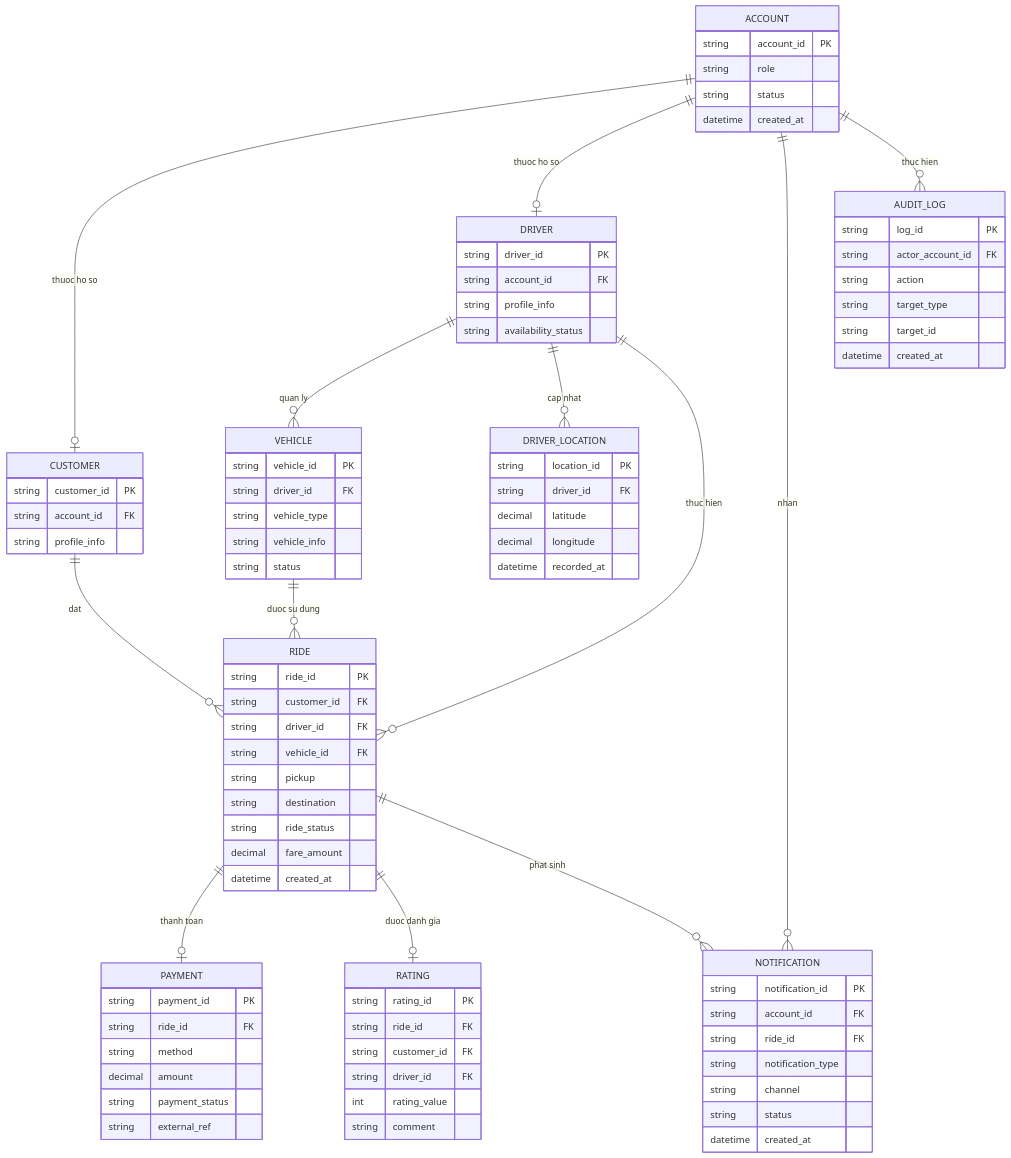
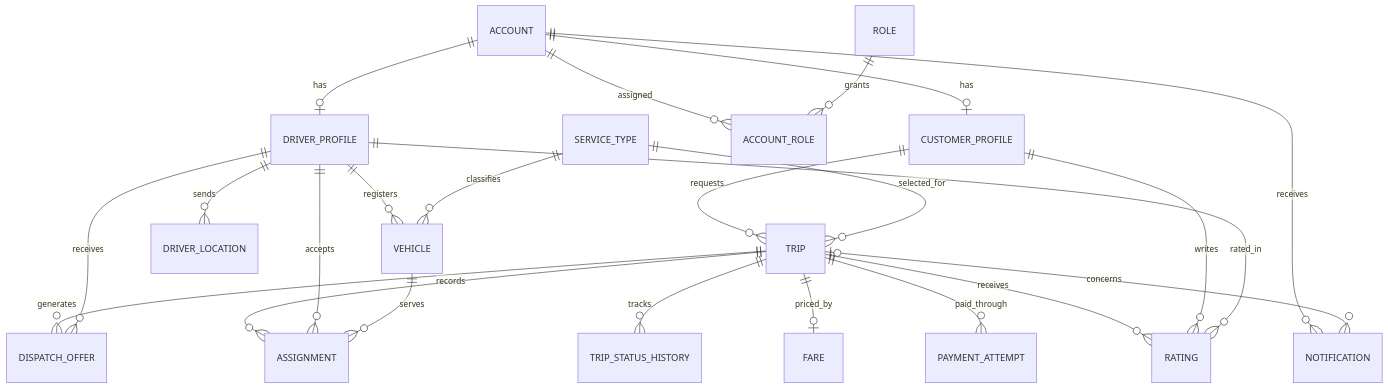
Before and after one commit to fitduycao/23662021_ToNguyenKhanhDuy_CABSYSTEM: the second of 2 diagrams in srs.md, drawn with Mermaid. The commit also changed other lines of this file, not shown here.

````diff
--- a/srs.md
+++ b/srs.md
@@ -762,102 +328,25 @@
 ```mermaid
 erDiagram
-    ACCOUNT ||--o| CUSTOMER : "thuoc ho so"
-    ACCOUNT ||--o| DRIVER : "thuoc ho so"
-    ACCOUNT ||--o{ NOTIFICATION : "nhan"
-    ACCOUNT ||--o{ AUDIT_LOG : "thuc hien"
-
-    CUSTOMER ||--o{ RIDE : "dat"
-    DRIVER ||--o{ VEHICLE : "quan ly"
-    DRIVER ||--o{ DRIVER_LOCATION : "cap nhat"
-    DRIVER ||--o{ RIDE : "thuc hien"
-
-    VEHICLE ||--o{ RIDE : "duoc su dung"
-    RIDE ||--o| PAYMENT : "thanh toan"
-    RIDE ||--o| RATING : "duoc danh gia"
-    RIDE ||--o{ NOTIFICATION : "phat sinh"
-
-    ACCOUNT {
-        string account_id PK
-        string role
-        string status
-        datetime created_at
-    }
-
-    CUSTOMER {
-        string customer_id PK
-        string account_id FK
-        string profile_info
-    }
-
-    DRIVER {
-        string driver_id PK
-        string account_id FK
-        string profile_info
-        string availability_status
-    }
-
-    VEHICLE {
-        string vehicle_id PK
-        string driver_id FK
-        string vehicle_type
-        string vehicle_info
-        string status
-    }
-
-    RIDE {
-        string ride_id PK
-        string customer_id FK
-        string driver_id FK
-        string vehicle_id FK
-        string pickup
-        string destination
-        string ride_status
-        decimal fare_amount
-        datetime created_at
-    }
-
-    DRIVER_LOCATION {
-        string location_id PK
-        string driver_id FK
-        decimal latitude
-        decimal longitude
-        datetime recorded_at
-    }
-
-    PAYMENT {
-        string payment_id PK
-        string ride_id FK
-        string method
-        decimal amount
-        string payment_status
-        string external_ref
-    }
-
-    RATING {
-        string rating_id PK
-        string ride_id FK
-        string customer_id FK
-        string driver_id FK
-        int rating_value
-        string comment
-    }
-
-    NOTIFICATION {
-        string notification_id PK
-        string account_id FK
-        string ride_id FK
-        string notification_type
-        string channel
-        string status
-        datetime created_at
-    }
-
-    AUDIT_LOG {
-        string log_id PK
-        string actor_account_id FK
-        string action
-        string target_type
-        string target_id
-        datetime created_at
-    }
+    ACCOUNT ||--o| CUSTOMER_PROFILE : has
+    ACCOUNT ||--o| DRIVER_PROFILE : has
+    ACCOUNT ||--o{ ACCOUNT_ROLE : assigned
+    ROLE ||--o{ ACCOUNT_ROLE : grants
+    DRIVER_PROFILE ||--o{ VEHICLE : registers
+    SERVICE_TYPE ||--o{ VEHICLE : classifies
+    DRIVER_PROFILE ||--o{ DRIVER_LOCATION : sends
+    CUSTOMER_PROFILE ||--o{ TRIP : requests
+    SERVICE_TYPE ||--o{ TRIP : selected_for
+    TRIP ||--o{ DISPATCH_OFFER : generates
+    DRIVER_PROFILE ||--o{ DISPATCH_OFFER : receives
+    TRIP ||--o{ ASSIGNMENT : records
+    DRIVER_PROFILE ||--o{ ASSIGNMENT : accepts
+    VEHICLE ||--o{ ASSIGNMENT : serves
+    TRIP ||--o{ TRIP_STATUS_HISTORY : tracks
+    TRIP ||--o| FARE : priced_by
+    TRIP ||--o{ PAYMENT_ATTEMPT : paid_through
+    TRIP ||--o{ RATING : receives
+    CUSTOMER_PROFILE ||--o{ RATING : writes
+    DRIVER_PROFILE ||--o{ RATING : rated_in
+    ACCOUNT ||--o{ NOTIFICATION : receives
+    TRIP o|--o{ NOTIFICATION : concerns
 ```
````
